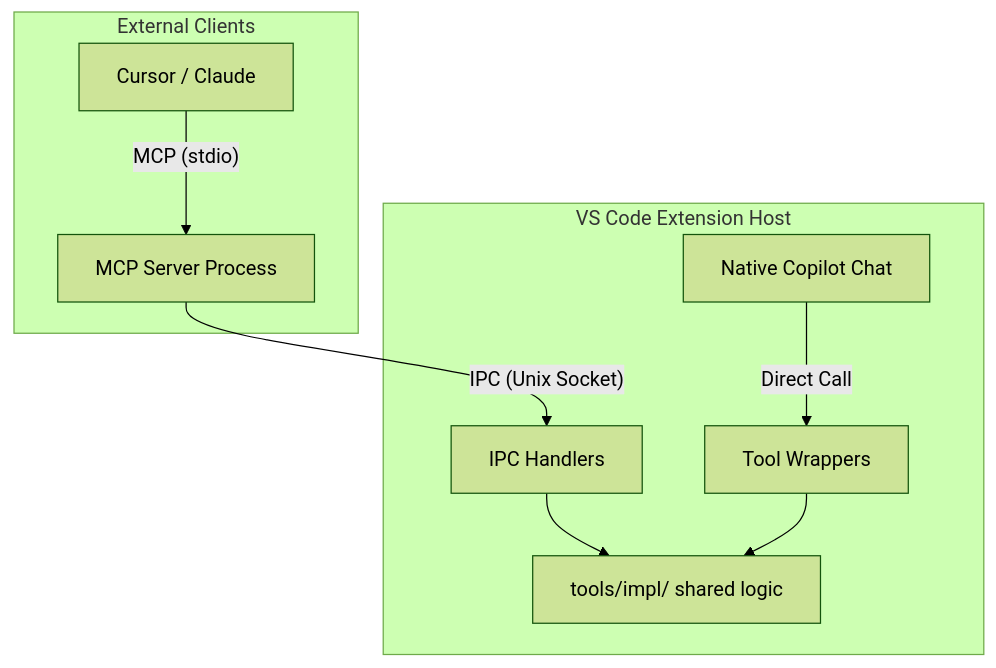
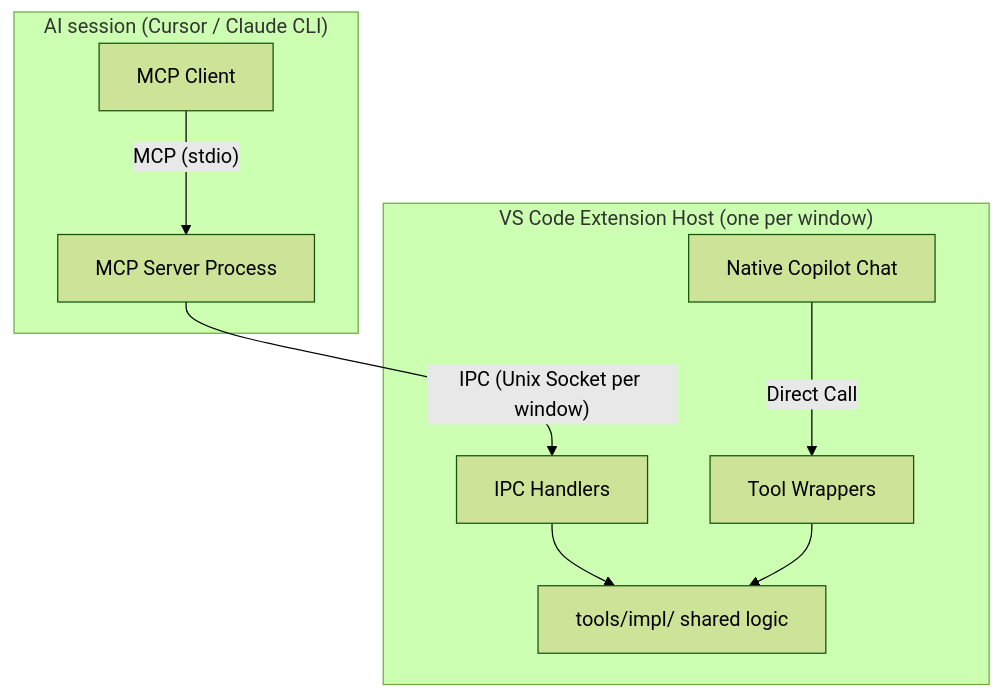
One commit to akash-aman/blackbox changed the diagram in docs/architecture.md. Above: the diagram before and after it, drawn with Mermaid (forest theme). The commit also changed other lines of this file and 17 other files, not shown here.

````diff
--- a/docs/architecture.md
+++ b/docs/architecture.md
@@ -39,14 +39,16 @@
 ```mermaid
 graph TD
-    subgraph "External Clients"
-        A[Cursor / Claude] -- "MCP (stdio)" --> B
+    subgraph "AI session (Cursor / Claude CLI)"
+        A[MCP Client] -- "MCP (stdio)" --> B[MCP Server Process]
     end
 
-    subgraph "VS Code Extension Host"
-        B[MCP Server Process] -- "IPC (Unix Socket)" --> C[IPC Handlers]
+    B -- "IPC (Unix Socket per window)" --> C
+
+    subgraph "VS Code Extension Host (one per window)"
+        C[IPC Handlers]
         D[Native Copilot Chat] -- "Direct Call" --> E[Tool Wrappers]
         
         C --> F[tools/impl/ shared logic]
         E --> F
     end
 ```
````
